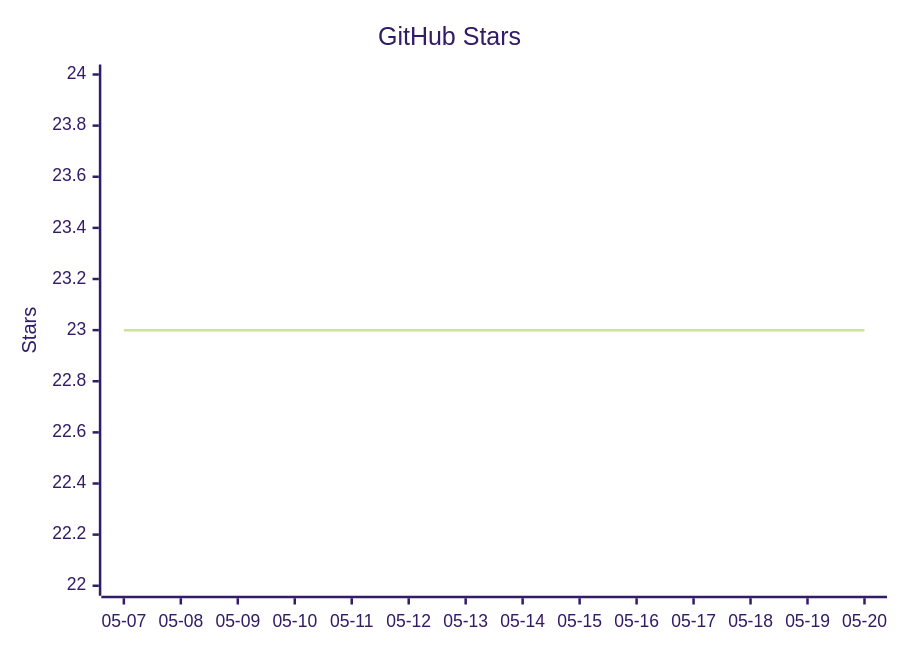
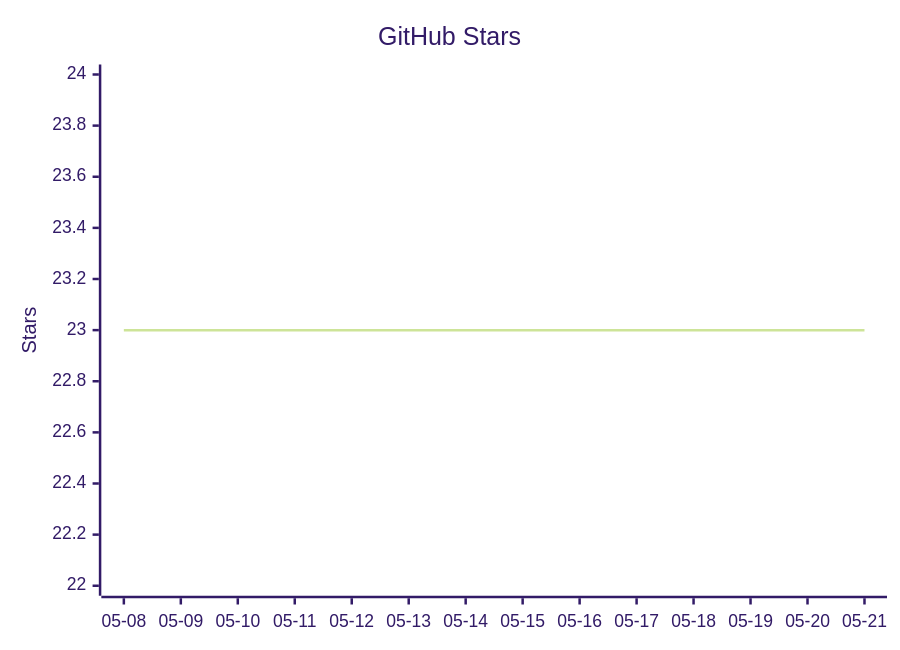
The diagram in README.mbt.md (vectie/moonclaw), drawn with Mermaid (forest theme) before and after one commit. The commit also changed other lines of this file and 1 other file, not shown here.

Commit message:
Update README star growth

````diff
--- a/README.mbt.md
+++ b/README.mbt.md
@@ -489,7 +489,7 @@
 ```mermaid
 xychart-beta
     title "GitHub Stars"
-    x-axis ["05-07","05-08","05-09","05-10","05-11","05-12","05-13","05-14","05-15","05-16","05-17","05-18","05-19","05-20"]
+    x-axis ["05-08","05-09","05-10","05-11","05-12","05-13","05-14","05-15","05-16","05-17","05-18","05-19","05-20","05-21"]
     y-axis "Stars" 22 --> 24
     line [23,23,23,23,23,23,23,23,23,23,23,23,23,23]
 ```
````
